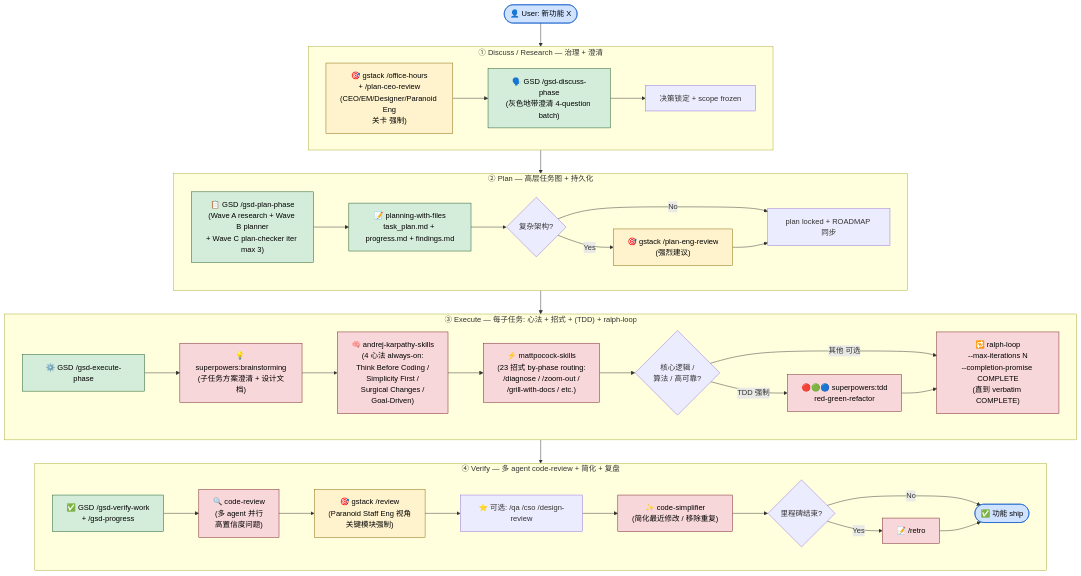
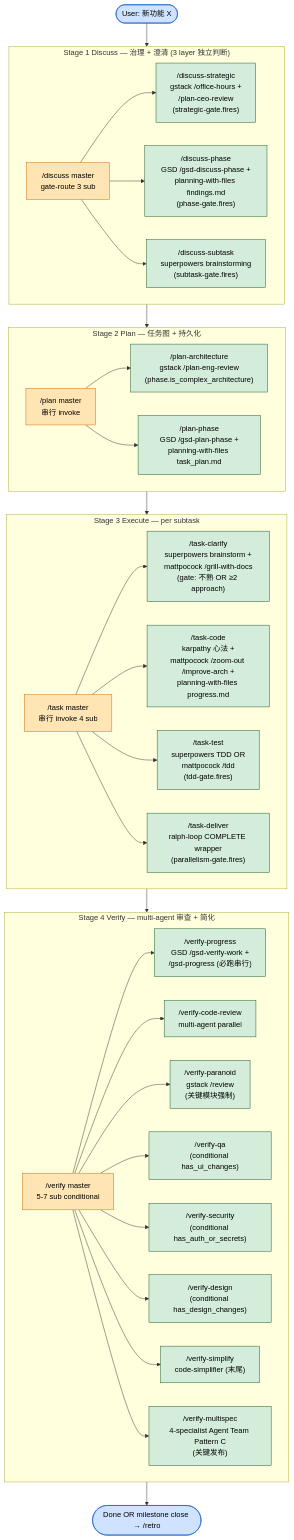
The diagram in docs/WORKFLOW.md (easyinplay/harnessed), drawn with Mermaid before and after one commit. The commit also changed other lines of this file, not shown here.

````diff
--- a/docs/WORKFLOW.md
+++ b/docs/WORKFLOW.md
@@ -11,58 +13,56 @@
 ```mermaid
 flowchart TB
-    Start([👤 User: 新功能 X]) --> S1
+    Start([User: 新功能 X]) --> S1
 
-    subgraph S1["① Discuss / Research — 治理 + 澄清"]
+    subgraph S1["Stage 1 Discuss — 治理 + 澄清 (3 layer 独立判断)"]
         direction LR
-        G1["🎯 gstack /office-hours<br/>+ /plan-ceo-review<br/>(CEO/EM/Designer/Paranoid Eng<br/>关卡 强制)"] --> G2["🗣️ GSD /gsd-discuss-phase<br/>(灰色地带澄清 4-question batch)"]
-        G2 --> G3[决策锁定 + scope frozen]
+        D1["/discuss master<br/>gate-route 3 sub"]
+        D1 --> Ds["/discuss-strategic<br/>gstack /office-hours +<br/>/plan-ceo-review<br/>(strategic-gate.fires)"]
+        D1 --> Dp["/discuss-phase<br/>GSD /gsd-discuss-phase +<br/>planning-with-files findings.md<br/>(phase-gate.fires)"]
+        D1 --> Dt["/discuss-subtask<br/>superpowers brainstorming<br/>(subtask-gate.fires)"]
     end
 
     S1 --> S2
 
-    subgraph S2["② Plan — 高层任务图 + 持久化"]
+    subgraph S2["Stage 2 Plan — 任务图 + 持久化"]
         direction LR
-        P1["📋 GSD /gsd-plan-phase<br/>(Wave A research + Wave B planner<br/>+ Wave C plan-checker iter max 3)"] --> P2["📝 planning-with-files<br/>task_plan.md + progress.md + findings.md"]
-        P2 --> P3{复杂架构?}
-        P3 -- Yes --> P4["🎯 gstack /plan-eng-review<br/>(强烈建议)"]
-        P3 -- No --> Lock[plan locked + ROADMAP 同步]
-        P4 --> Lock
+        P1["/plan master<br/>串行 invoke"]
+        P1 --> Pa["/plan-architecture<br/>gstack /plan-eng-review<br/>(phase.is_complex_architecture)"]
+        P1 --> Pp["/plan-phase<br/>GSD /gsd-plan-phase +<br/>planning-with-files task_plan.md"]
     end
 
     S2 --> S3
 
-    subgraph S3["③ Execute — 每子任务: 心法 + 招式 + (TDD) + ralph-loop"]
+    subgraph S3["Stage 3 Execute — per subtask"]
         direction LR
-        E1["⚙️ GSD /gsd-execute-phase"] --> E2["💡 superpowers:brainstorming<br/>(子任务方案澄清 + 设计文档)"]
-        E2 --> E3["🧠 andrej-karpathy-skills<br/>(4 心法 always-on:<br/>Think Before Coding /<br/>Simplicity First /<br/>Surgical Changes /<br/>Goal-Driven)"]
-        E3 --> E4["⚡ mattpocock-skills<br/>(23 招式 by-phase routing:<br/>/diagnose / /zoom-out /<br/>/grill-with-docs / etc.)"]
-        E4 --> E5{核心逻辑 /<br/>算法 / 高可靠?}
-        E5 -- TDD 强制 --> E6["🔴🟢🔵 superpowers:tdd<br/>red-green-refactor"]
-        E5 -- 其他 可选 --> E7
-        E6 --> E7["🔁 ralph-loop<br/>--max-iterations N<br/>--completion-promise COMPLETE<br/>(直到 verbatim COMPLETE)"]
+        T1["/task master<br/>串行 invoke 4 sub"]
+        T1 --> Tc["/task-clarify<br/>superpowers brainstorm +<br/>mattpocock /grill-with-docs<br/>(gate: 不熟 OR ≥2 approach)"]
+        T1 --> Tcode["/task-code<br/>karpathy 心法 +<br/>mattpocock /zoom-out /improve-arch +<br/>planning-with-files progress.md"]
+        T1 --> Tt["/task-test<br/>superpowers TDD OR<br/>mattpocock /tdd<br/>(tdd-gate.fires)"]
+        T1 --> Td["/task-deliver<br/>ralph-loop COMPLETE wrapper<br/>(parallelism-gate.fires)"]
     end
 
     S3 --> S4
 
-    subgraph S4["④ Verify — 多 agent code-review + 简化 + 复盘"]
+    subgraph S4["Stage 4 Verify — multi-agent 审查 + 简化"]
         direction LR
-        V1["✅ GSD /gsd-verify-work<br/>+ /gsd-progress"] --> V2["🔍 code-review<br/>(多 agent 并行<br/>高置信度问题)"]
-        V2 --> V3["🎯 gstack /review<br/>(Paranoid Staff Eng 视角<br/>关键模块强制)"]
-        V3 --> V4["⭐ 可选: /qa /cso /design-review"]
-        V4 --> V5["✨ code-simplifier<br/>(简化最近修改 / 移除重复)"]
-        V5 --> V6{里程碑结束?}
-        V6 -- Yes --> V7["📝 /retro"]
-        V6 -- No --> Done
-        V7 --> Done([✅ 功能 ship])
+        V1["/verify master<br/>5-7 sub conditional"]
+        V1 --> Vp["/verify-progress<br/>GSD /gsd-verify-work +<br/>/gsd-progress (必跑串行)"]
+        V1 --> Vcr["/verify-code-review<br/>multi-agent parallel"]
+        V1 --> Vpr["/verify-paranoid<br/>gstack /review<br/>(关键模块强制)"]
+        V1 --> Vqa["/verify-qa<br/>(conditional has_ui_changes)"]
+        V1 --> Vs["/verify-security<br/>(conditional has_auth_or_secrets)"]
+        V1 --> Vd["/verify-design<br/>(conditional has_design_changes)"]
+        V1 --> Vsi["/verify-simplify<br/>code-simplifier (末尾)"]
+        V1 --> Vmu["/verify-multispec<br/>4-specialist Agent Team Pattern C<br/>(关键发布)"]
     end
 
+    S4 --> S5([Done OR milestone close → /retro])
+
     classDef user fill:#cfe2ff,stroke:#0a58ca,color:#000
-    classDef gstack fill:#fff3cd,stroke:#856404,color:#000
-    classDef gsd fill:#d4edda,stroke:#155724,color:#000
-    classDef super fill:#f8d7da,stroke:#721c24,color:#000
-    classDef done fill:#cce5ff,stroke:#004085,color:#000
-    class Start,Done user
-    class G1,P4,V3 gstack
-    class G2,P1,P2,E1,V1 gsd
-    class E2,E3,E4,E6,E7,V2,V5,V7 super
+    classDef master fill:#ffe5b4,stroke:#cc6600,color:#000
+    classDef sub fill:#d4edda,stroke:#155724,color:#000
+    class Start,S5 user
+    class D1,P1,T1,V1 master
+    class Ds,Dp,Dt,Pa,Pp,Tc,Tcode,Tt,Td,Vp,Vcr,Vpr,Vqa,Vs,Vd,Vsi,Vmu sub
 ```
````
